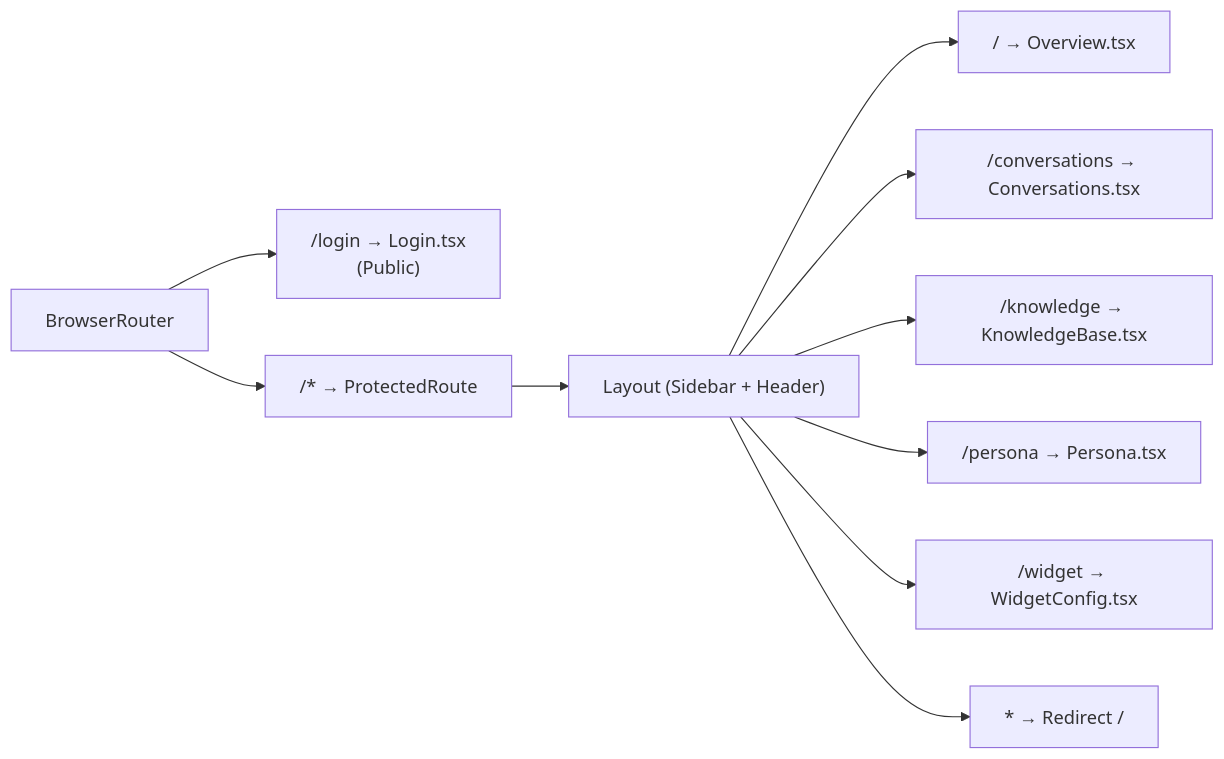
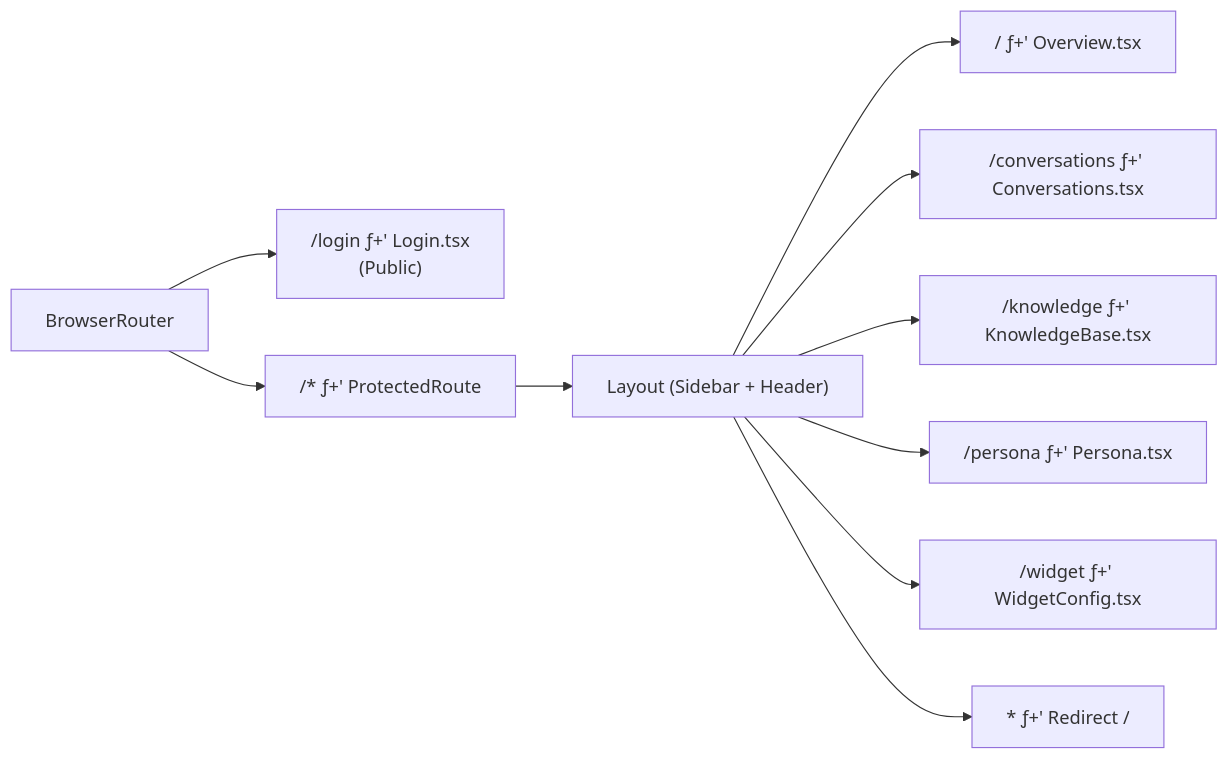
One commit to udaaraSH23/TrekDeskAI changed the third of 5 diagrams in trekdesk-admin-dashboard/docs/ARCHITECTURE.md. Above: the diagram before and after it, drawn with Mermaid. The commit also changed other lines of this file and 198 other files, not shown here.

````diff
--- a/trekdesk-admin-dashboard/docs/ARCHITECTURE.md
+++ b/trekdesk-admin-dashboard/docs/ARCHITECTURE.md
@@ -49,23 +59,23 @@
 ```mermaid
 graph LR
     Router["BrowserRouter"]
-    Login["/login → Login.tsx\n(Public)"]
-    Protected["/* → ProtectedRoute"]
+    Login["/login ƒ+' Login.tsx\n(Public)"]
+    Protected["/* ƒ+' ProtectedRoute"]
     Layout["Layout (Sidebar + Header)"]
-    Home["/ → Overview.tsx"]
-    Conv["/conversations → Conversations.tsx"]
-    KB["/knowledge → KnowledgeBase.tsx"]
-    Persona["/persona → Persona.tsx"]
-    Widget["/widget → WidgetConfig.tsx"]
-    Fallback["* → Redirect /"]
+    Home["/ ƒ+' Overview.tsx"]
+    Conv["/conversations ƒ+' Conversations.tsx"]
+    KB["/knowledge ƒ+' KnowledgeBase.tsx"]
+    Persona["/persona ƒ+' Persona.tsx"]
+    Widget["/widget ƒ+' WidgetConfig.tsx"]
+    Fallback["* ƒ+' Redirect /"]
 
     Router --> Login
     Router --> Protected
     Protected --> Layout
     Layout --> Home
     Layout --> Conv
     Layout --> KB
     Layout --> Persona
     Layout --> Widget
     Layout --> Fallback
 ```
````
